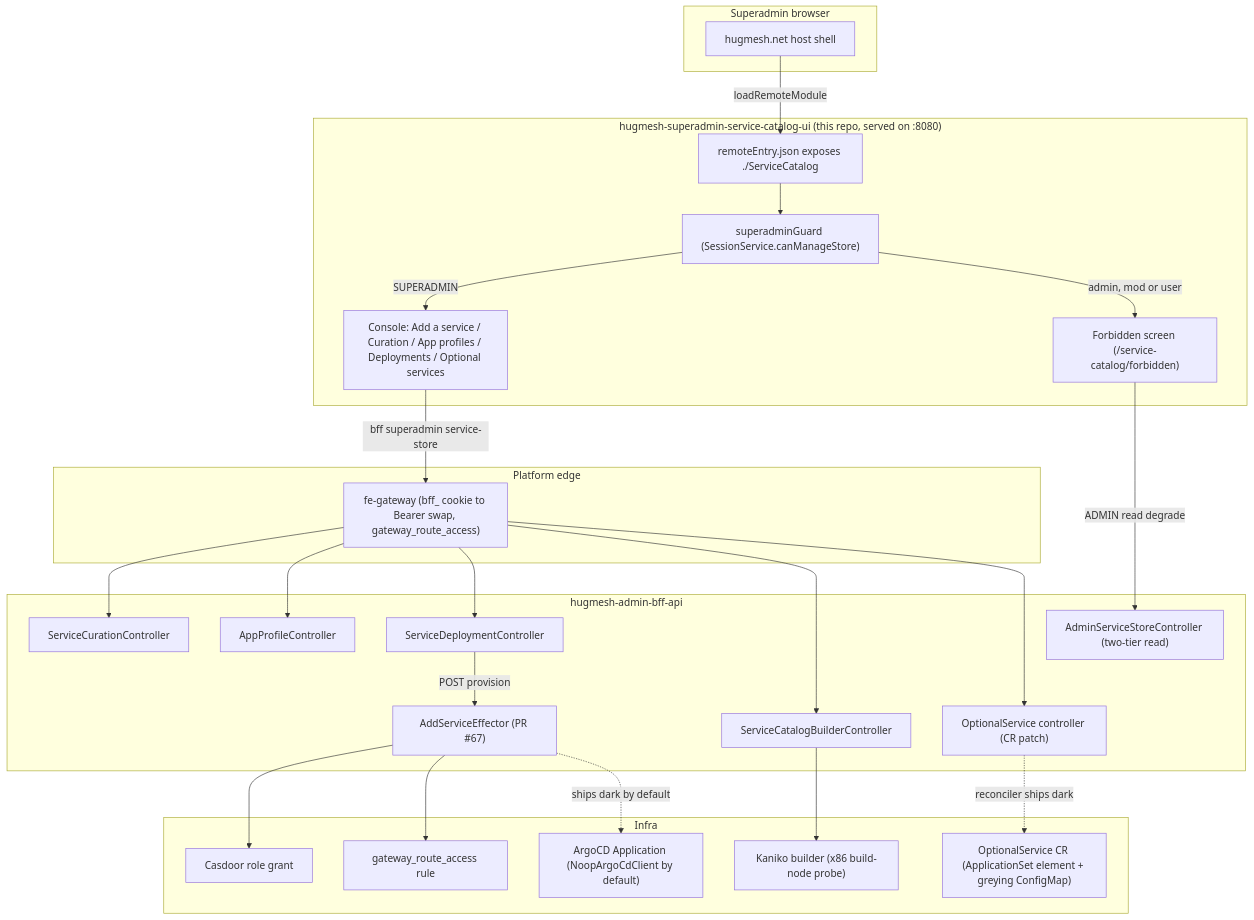
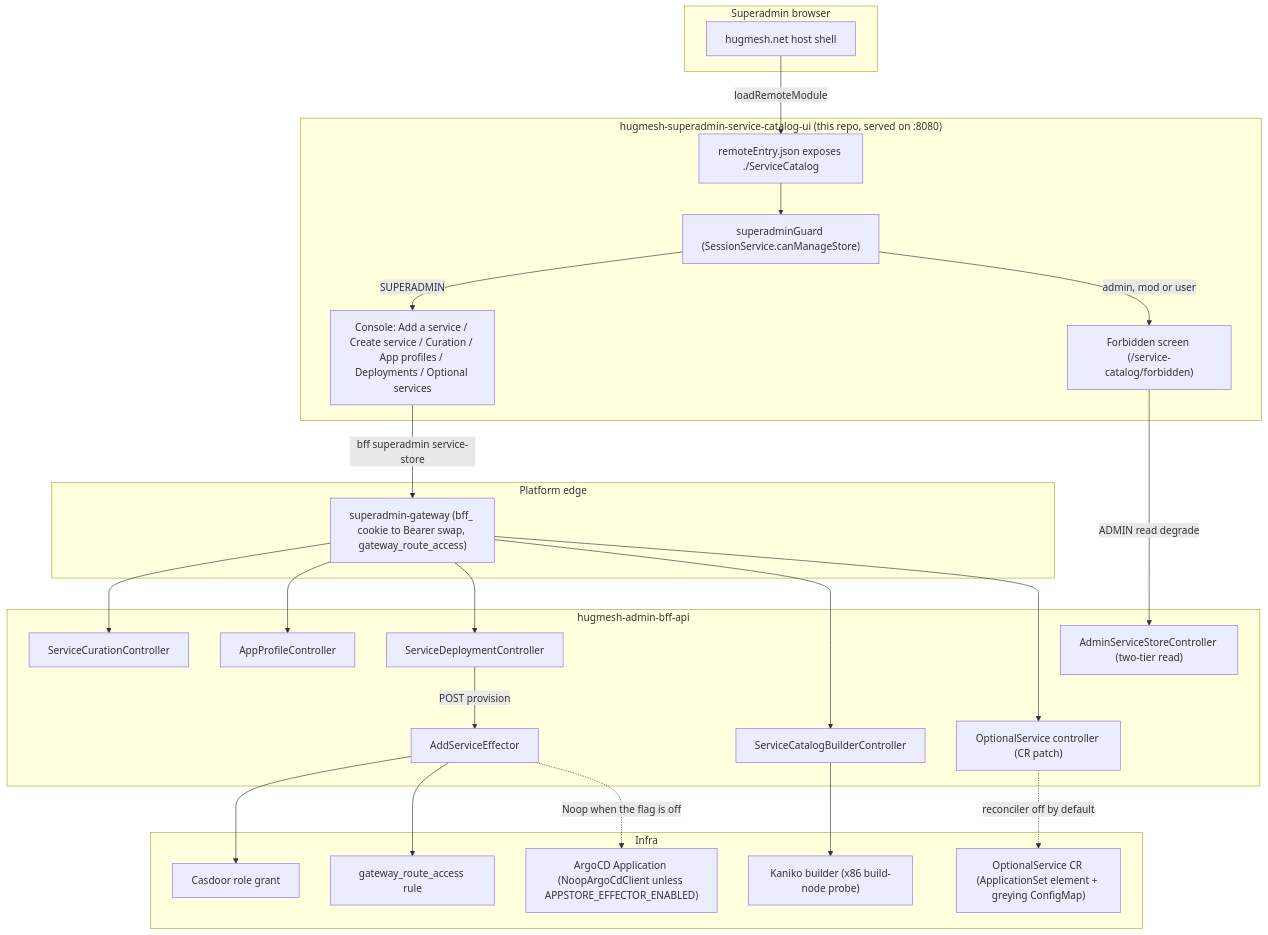
Before and after one commit to hugmesh/hugmesh.github.io: the diagram in content/reference/service-catalog-ui.md, drawn with Mermaid. The commit also changed other lines of this file and 93 other files, not shown here.

````diff
--- a/content/reference/service-catalog-ui.md
+++ b/content/reference/service-catalog-ui.md
@@ -55,54 +65,54 @@
 ```mermaid
 flowchart TD
     subgraph Browser["Superadmin browser"]
         Host["hugmesh.net host shell"]
     end
 
     subgraph Remote["hugmesh-superadmin-service-catalog-ui (this repo, served on :8080)"]
         RE["remoteEntry.json exposes ./ServiceCatalog"]
         Guard["superadminGuard (SessionService.canManageStore)"]
-        Console["Console: Add a service / Curation / App profiles / Deployments / Optional services"]
+        Console["Console: Add a service / Create service / Curation / App profiles / Deployments / Optional services"]
         Forbidden["Forbidden screen (/service-catalog/forbidden)"]
     end
 
     subgraph Edge["Platform edge"]
-        Gateway["fe-gateway (bff_ cookie to Bearer swap, gateway_route_access)"]
+        Gateway["superadmin-gateway (bff_ cookie to Bearer swap, gateway_route_access)"]
     end
 
     subgraph BFF["hugmesh-admin-bff-api"]
         Curation["ServiceCurationController"]
         Profiles["AppProfileController"]
         Deploy["ServiceDeploymentController"]
         AdminRead["AdminServiceStoreController (two-tier read)"]
         BuilderCtl["ServiceCatalogBuilderController"]
         OptSvc["OptionalService controller (CR patch)"]
-        Effector["AddServiceEffector (PR #67)"]
+        Effector["AddServiceEffector"]
     end
 
     subgraph Infra["Infra"]
         Casdoor["Casdoor role grant"]
         RouteAccess["gateway_route_access rule"]
-        ArgoCD["ArgoCD Application (NoopArgoCdClient by default)"]
+        ArgoCD["ArgoCD Application (NoopArgoCdClient unless APPSTORE_EFFECTOR_ENABLED)"]
         Kaniko["Kaniko builder (x86 build-node probe)"]
         OptSvcCr["OptionalService CR (ApplicationSet element + greying ConfigMap)"]
     end
 
     Host -->|"loadRemoteModule"| RE
     RE --> Guard
     Guard -->|"SUPERADMIN"| Console
     Guard -->|"admin, mod or user"| Forbidden
     Forbidden -->|"ADMIN read degrade"| AdminRead
 
     Console -->|"bff superadmin service-store"| Gateway
     Gateway --> Curation
     Gateway --> Profiles
     Gateway --> Deploy
     Gateway --> BuilderCtl
     Deploy -->|"POST provision"| Effector
     Effector --> Casdoor
     Effector --> RouteAccess
-    Effector -.->|"ships dark by default"| ArgoCD
+    Effector -.->|"Noop when the flag is off"| ArgoCD
     BuilderCtl --> Kaniko
     Gateway --> OptSvc
-    OptSvc -.->|"reconciler ships dark"| OptSvcCr
+    OptSvc -.->|"reconciler off by default"| OptSvcCr
 ```
````
